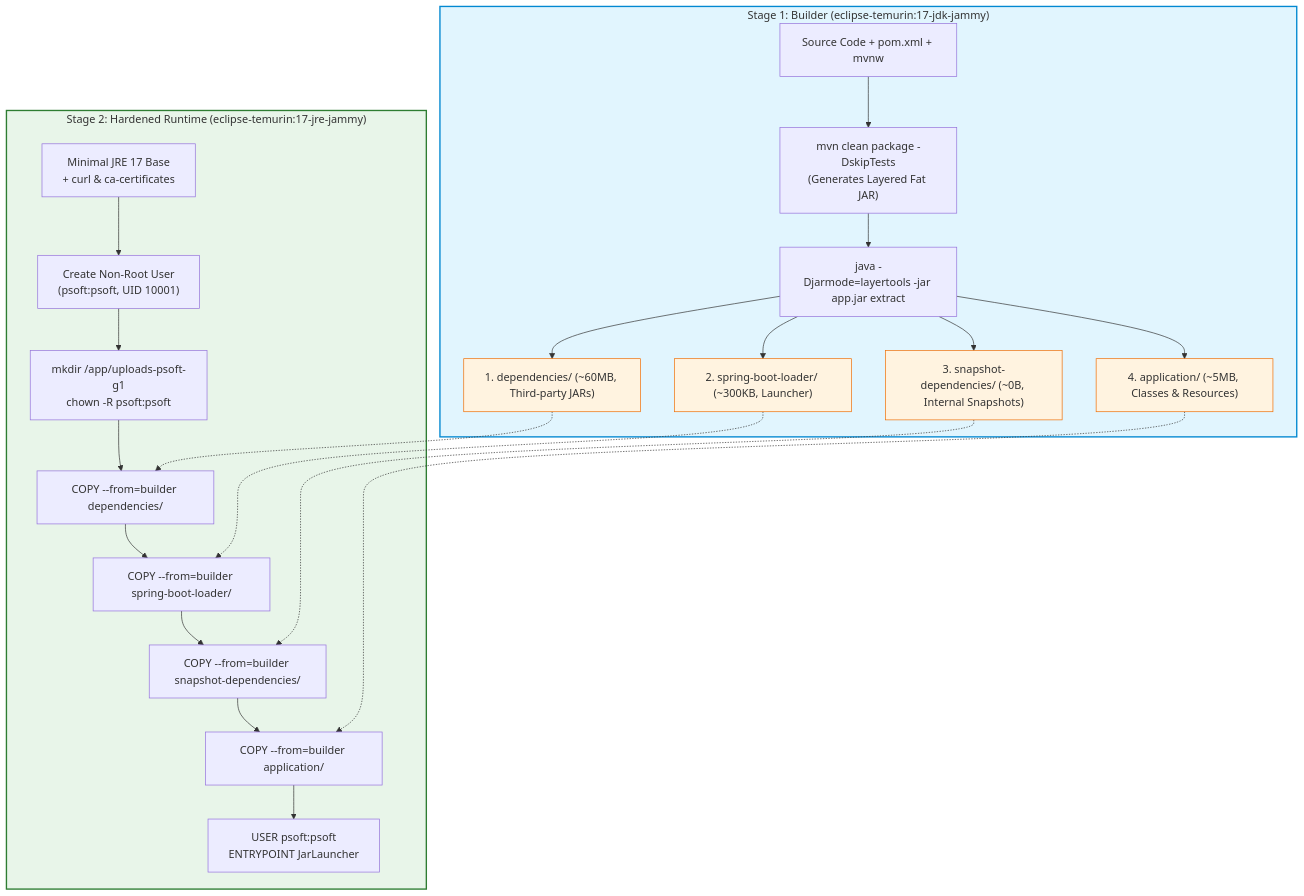
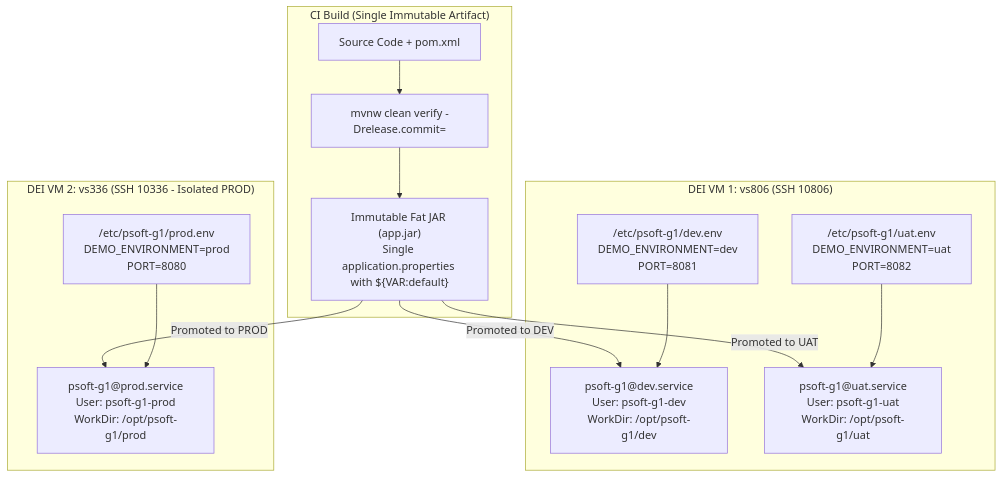
Before and after one commit to RafaelBrandao04/psoft-project-2026-1: the diagram in Docs/ODSOFT/deployment/containerization-and-multi-environment.md, drawn with Mermaid. The commit also changed other lines of this file and 17 other files, not shown here.

````diff
--- a/Docs/ODSOFT/deployment/containerization-and-multi-environment.md
+++ b/Docs/ODSOFT/deployment/containerization-and-multi-environment.md
@@ -26,34 +26,20 @@
 ```mermaid
 flowchart TD
-    subgraph Stage1["Stage 1: Builder (eclipse-temurin:17-jdk-jammy)"]
-        SRC["Source Code + pom.xml + mvnw"] --> MVN["mvn clean package -DskipTests<br/>(Generates Layered Fat JAR)"]
-        MVN --> EXTRACT["java -Djarmode=layertools -jar app.jar extract"]
-        EXTRACT --> L1["1. dependencies/ (~60MB, Third-party JARs)"]
-        EXTRACT --> L2["2. spring-boot-loader/ (~300KB, Launcher)"]
-        EXTRACT --> L3["3. snapshot-dependencies/ (~0B, Internal Snapshots)"]
-        EXTRACT --> L4["4. application/ (~5MB, Classes & Resources)"]
+    subgraph CI["CI Build (Single Immutable Artifact)"]
+        SRC["Source Code + pom.xml"] --> MVN["mvnw clean verify -Drelease.commit=<SHA>"]
+        MVN --> JAR["Immutable Fat JAR (app.jar)<br/>Single application.properties with ${VAR:default}"]
     end
 
-    subgraph Stage2["Stage 2: Hardened Runtime (eclipse-temurin:17-jre-jammy)"]
-        BASE["Minimal JRE 17 Base<br/>+ curl & ca-certificates"] --> SEC["Create Non-Root User<br/>(psoft:psoft, UID 10001)"]
-        SEC --> VOL["mkdir /app/uploads-psoft-g1<br/>chown -R psoft:psoft"]
-        VOL --> COPY1["COPY --from=builder dependencies/"]
-        COPY1 --> COPY2["COPY --from=builder spring-boot-loader/"]
-        COPY2 --> COPY3["COPY --from=builder snapshot-dependencies/"]
-        COPY3 --> COPY4["COPY --from=builder application/"]
-        COPY4 --> RUN["USER psoft:psoft<br/>ENTRYPOINT JarLauncher"]
+    subgraph VM1["DEI VM 1: vs806 (SSH 10806)"]
+        ENV_DEV["/etc/psoft-g1/dev.env<br/>DEMO_ENVIRONMENT=dev<br/>PORT=8081"] --> SVC_DEV["psoft-g1@dev.service<br/>User: psoft-g1-dev<br/>WorkDir: /opt/psoft-g1/dev"]
+        ENV_UAT["/etc/psoft-g1/uat.env<br/>DEMO_ENVIRONMENT=uat<br/>PORT=8082"] --> SVC_UAT["psoft-g1@uat.service<br/>User: psoft-g1-uat<br/>WorkDir: /opt/psoft-g1/uat"]
     end
 
-    L1 -.-> COPY1
-    L2 -.-> COPY2
-    L3 -.-> COPY3
-    L4 -.-> COPY4
+    subgraph VM2["DEI VM 2: vs336 (SSH 10336 - Isolated PROD)"]
+        ENV_PROD["/etc/psoft-g1/prod.env<br/>DEMO_ENVIRONMENT=prod<br/>PORT=8080"] --> SVC_PROD["psoft-g1@prod.service<br/>User: psoft-g1-prod<br/>WorkDir: /opt/psoft-g1/prod"]
+    end
 
-    classDef stage1Style fill:#e1f5fe,stroke:#0288d1,stroke-width:2px;
-    classDef stage2Style fill:#e8f5e9,stroke:#2e7d32,stroke-width:2px;
-    classDef layerStyle fill:#fff3e0,stroke:#ef6c00,stroke-width:1px;
-
-    class Stage1 stage1Style;
-    class Stage2 stage2Style;
-    class L1,L2,L3,L4 layerStyle;
+    JAR -->|Promoted to DEV| SVC_DEV
+    JAR -->|Promoted to UAT| SVC_UAT
+    JAR -->|Promoted to PROD| SVC_PROD
 ```
````
